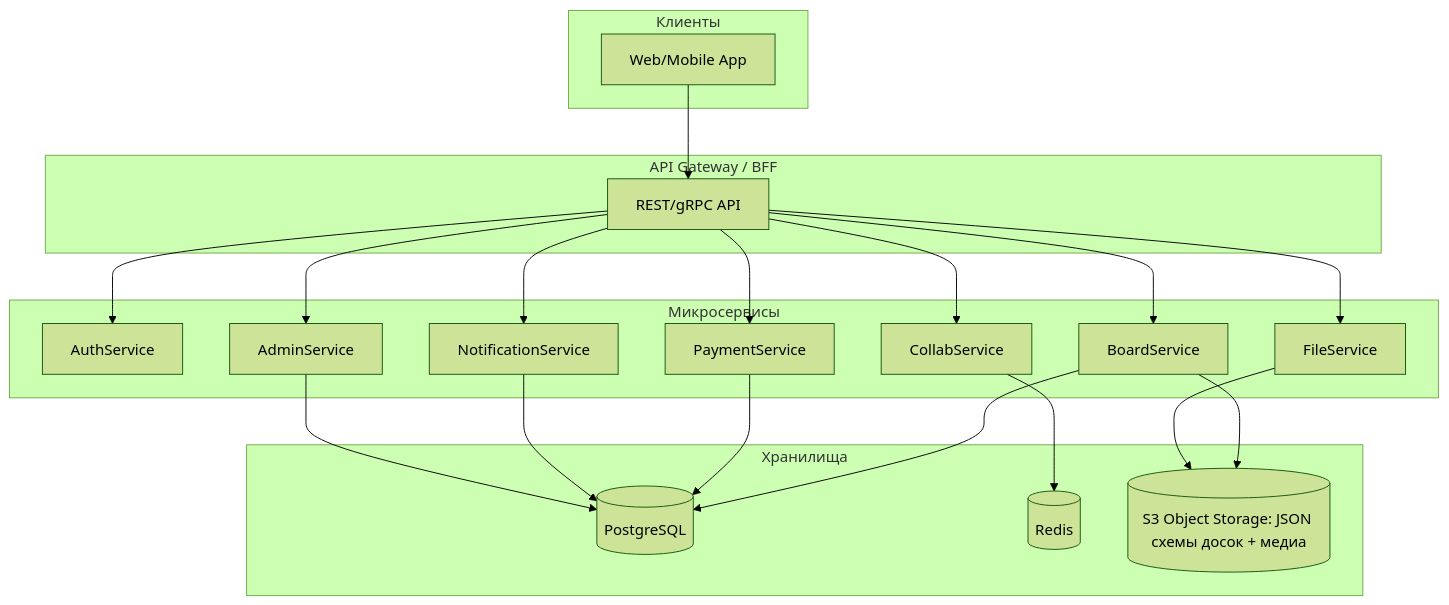
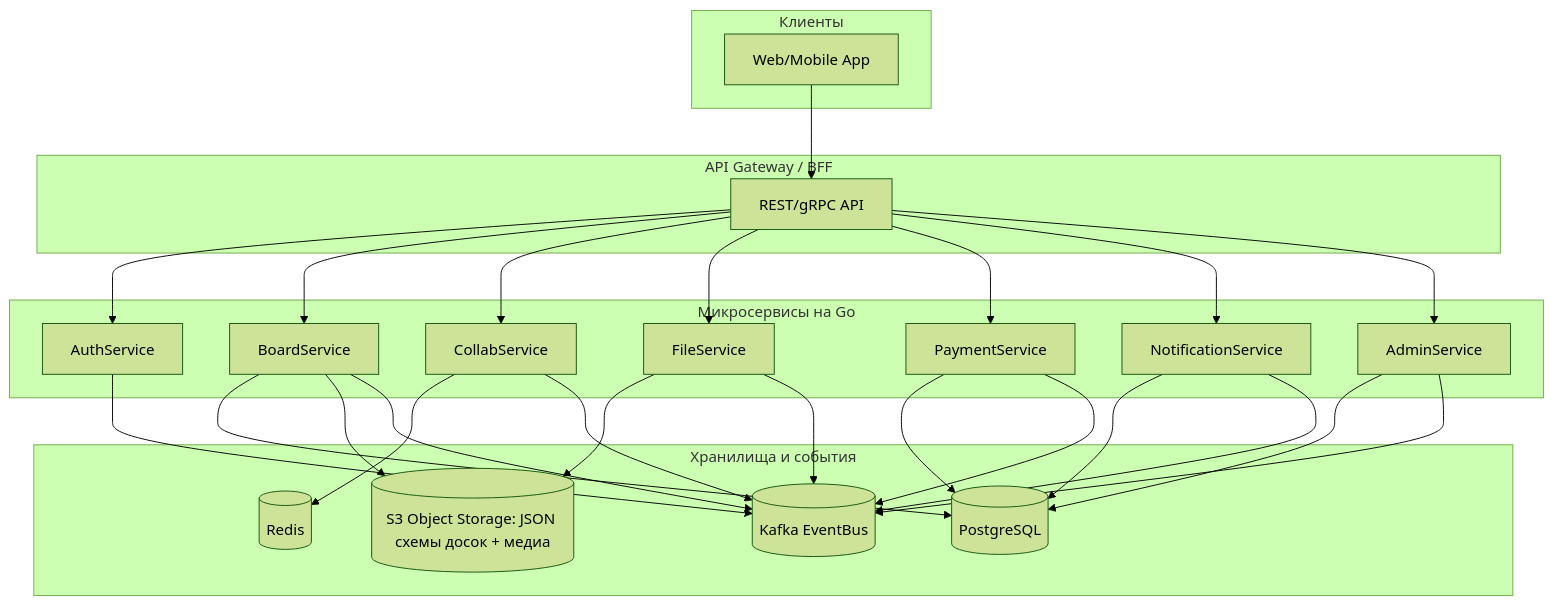
One commit to dvsnin/interactive-whiteboard-docs changed the diagram in Проектирование-ИС/02-Структура-системы/README.md. Above: the diagram before and after it, drawn with Mermaid (forest theme). The commit also changed other lines of this file, not shown here.

````diff
--- a/Проектирование-ИС/02-Структура-системы/README.md
+++ b/Проектирование-ИС/02-Структура-системы/README.md
@@ -27,43 +27,53 @@
 ```mermaid
 flowchart TB
     subgraph Client[Клиенты]
         A[Web/Mobile App]
     end
 
     subgraph Gateway[API Gateway / BFF]
         G1[REST/gRPC API]
     end
 
-    subgraph Services[Микросервисы]
+    subgraph Services[Микросервисы на Go]
         S1[AuthService]
         S2[BoardService]
         S3[CollabService]
         S4[FileService]
         S5[PaymentService]
         S6[NotificationService]
         S7[AdminService]
     end
 
-    subgraph Data[Хранилища]
+    subgraph Data[Хранилища и события]
         D1[(PostgreSQL)]
         D2[(Redis)]
         D3[(S3 Object Storage: JSON схемы досок + медиа)]
+        D4[(Kafka EventBus)]
     end
 
     A --> G1
     G1 --> S1
     G1 --> S2
     G1 --> S3
     G1 --> S4
     G1 --> S5
     G1 --> S6
     G1 --> S7
 
     S2 --> D1
     S3 --> D2
     S2 --> D3
     S4 --> D3
     S5 --> D1
     S6 --> D1
     S7 --> D1
+
+    %% Kafka как шина событий
+    S1 --> D4
+    S2 --> D4
+    S3 --> D4
+    S4 --> D4
+    S5 --> D4
+    S6 --> D4
+    S7 --> D4
 ```
````
